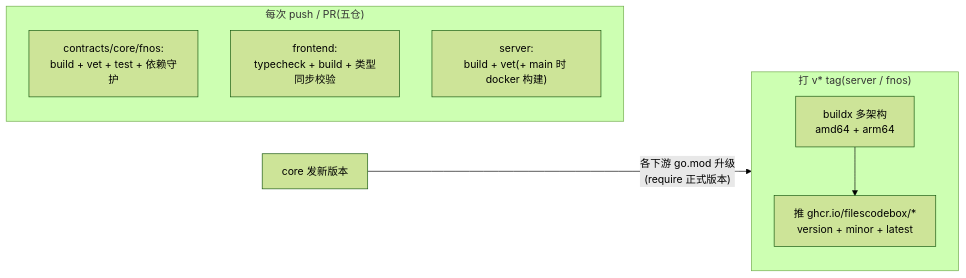
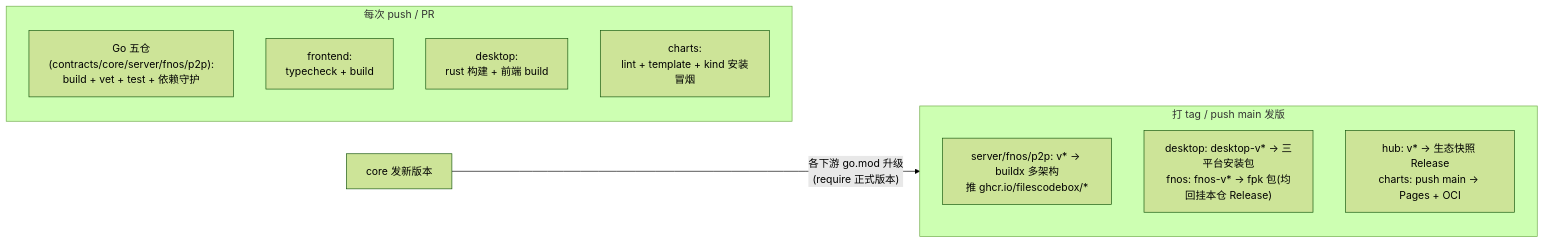
The eighth of 8 diagrams in docs/architecture.md (filescodebox/FilesCodeBox), drawn with Mermaid (forest theme) before and after one commit. The commit also changed other lines of this file and 3 other files, not shown here.

````diff
--- a/docs/architecture.md
+++ b/docs/architecture.md
@@ -222,12 +228,15 @@
 ```mermaid
 flowchart LR
-    subgraph PR["每次 push / PR(五仓)"]
-        GO["contracts/core/fnos:<br/>build + vet + test + 依赖守护"]
-        FECI["frontend:<br/>typecheck + build + 类型同步校验"]
-        SRVCI["server:<br/>build + vet(+ main 时 docker 构建)"]
+    subgraph PR["每次 push / PR"]
+        GO["Go 五仓(contracts/core/server/fnos/p2p):<br/>build + vet + test + 依赖守护"]
+        FECI["frontend:<br/>typecheck + build"]
+        DSK["desktop:<br/>rust 构建 + 前端 build"]
+        CHT["charts:<br/>lint + template + kind 安装冒烟"]
     end
-    subgraph REL["打 v* tag(server / fnos)"]
-        B["buildx 多架构<br/>amd64 + arm64"] --> P["推 ghcr.io/filescodebox/*<br/>version + minor + latest"]
+    subgraph REL["打 tag / push main 发版"]
+        IMG["server/fnos/p2p: v* → buildx 多架构<br/>推 ghcr.io/filescodebox/*"]
+        BIN["desktop: desktop-v* → 三平台安装包<br/>fnos: fnos-v* → fpk 包(均回挂本仓 Release)"]
+        PUB["hub: v* → 生态快照 Release<br/>charts: push main → Pages + OCI"]
     end
     COREDEV["core 发新版本"] -->|"各下游 go.mod 升级<br/>(require 正式版本)"| REL
 ```
````
